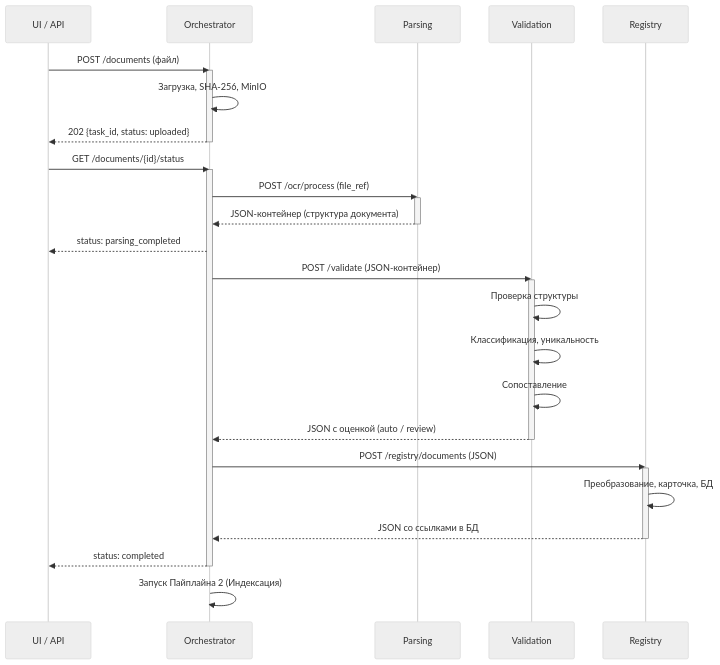
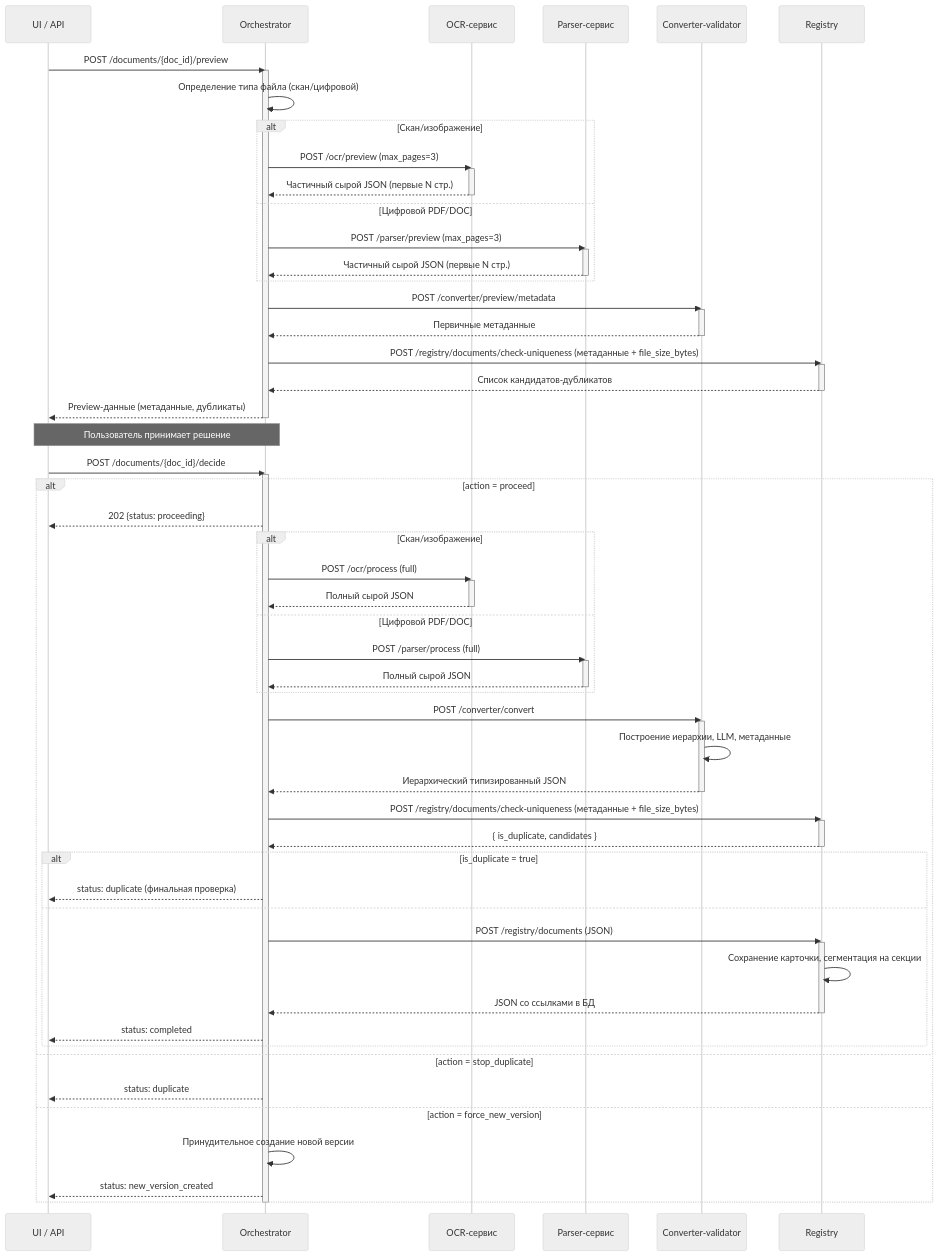
One commit to MasterKSAF/PKB changed the first of 3 diagrams in backend/gateway_service/docs/pipeline1-formation.md. Above: the diagram before and after it, drawn with Mermaid (neutral theme). The commit also changed other lines of this file and 23 other files, not shown here.

````diff
--- a/backend/gateway_service/docs/pipeline1-formation.md
+++ b/backend/gateway_service/docs/pipeline1-formation.md
@@ -6,44 +7,83 @@
 sequenceDiagram
     participant UI as UI / API
     participant Orch as Orchestrator
-    participant Pars as Parsing
-    participant Val as Validation
+    participant OCR as OCR-сервис
+    participant Pars as Parser-сервис
+    participant Conv as Converter-validator
     participant Reg as Registry
 
-    UI->>Orch: POST /documents (файл)
+
+    %% Фаза Preview
+    UI->>Orch: POST /documents/{doc_id}/preview
     activate Orch
-    Orch->>Orch: Загрузка, SHA-256, MinIO
-    Orch-->>UI: 202 {task_id, status: uploaded}
+    Orch->>Orch: Определение типа файла (скан/цифровой)
+    alt Скан/изображение
+        Orch->>OCR: POST /ocr/preview (max_pages=3)
+        activate OCR
+        OCR-->>Orch: Частичный сырой JSON (первые N стр.)
+        deactivate OCR
+    else Цифровой PDF/DOC
+        Orch->>Pars: POST /parser/preview (max_pages=3)
+        activate Pars
+        Pars-->>Orch: Частичный сырой JSON (первые N стр.)
+        deactivate Pars
+    end
+    Orch->>Conv: POST /converter/preview/metadata
+    activate Conv
+    Conv-->>Orch: Первичные метаданные
+    deactivate Conv
+    Orch->>Reg: POST /registry/documents/check-uniqueness (метаданные + file_size_bytes)
+    activate Reg
+    Reg-->>Orch: Список кандидатов-дубликатов
+    deactivate Reg
+    Orch-->>UI: Preview-данные (метаданные, дубликаты)
     deactivate Orch
 
-    UI->>Orch: GET /documents/{id}/status
+    Note over UI,Orch: Пользователь принимает решение
+
+    UI->>Orch: POST /documents/{doc_id}/decide
     activate Orch
+    alt action = proceed
+        Orch-->>UI: 202 {status: proceeding}
 
-    %% Этап 1: Parsing (изоляция от БД)
-    Orch->>Pars: POST /ocr/process (file_ref)
-    activate Pars
-    Pars-->>Orch: JSON-контейнер (структура документа)
-    deactivate Pars
-    Orch-->>UI: status: parsing_completed
+        %% Фаза Full
+        alt Скан/изображение
+            Orch->>OCR: POST /ocr/process (full)
+            activate OCR
+            OCR-->>Orch: Полный сырой JSON
+            deactivate OCR
+        else Цифровой PDF/DOC
+            Orch->>Pars: POST /parser/process (full)
+            activate Pars
+            Pars-->>Orch: Полный сырой JSON
+            deactivate Pars
+        end
 
-    %% Этап 2: Validation (читает БД)
-    Orch->>Val: POST /validate (JSON-контейнер)
-    activate Val
-    Val->>Val: Проверка структуры
-    Val->>Val: Классификация, уникальность
-    Val->>Val: Сопоставление
-    Val-->>Orch: JSON с оценкой (auto / review)
-    deactivate Val
+        Orch->>Conv: POST /converter/convert
+        activate Conv
+        Conv->>Conv: Построение иерархии, LLM, метаданные
+        Conv-->>Orch: Иерархический типизированный JSON
+        deactivate Conv
 
-    %% Этап 3: Registry (пишет БД)
-    Orch->>Reg: POST /registry/documents (JSON)
-    activate Reg
-    Reg->>Reg: Преобразование, карточка, БД
-    Reg-->>Orch: JSON со ссылками в БД
-    deactivate Reg
-
-    Orch-->>UI: status: completed
+        Orch->>Reg: POST /registry/documents/check-uniqueness (метаданные + file_size_bytes)
+        activate Reg
+        Reg-->>Orch: { is_duplicate, candidates }
+        deactivate Reg
+        alt is_duplicate = true
+            Orch-->>UI: status: duplicate (финальная проверка)
+        else
+            Orch->>Reg: POST /registry/documents (JSON)
+            activate Reg
+            Reg->>Reg: Сохранение карточки, сегментация на секции
+            Reg-->>Orch: JSON со ссылками в БД
+            deactivate Reg
+            Orch-->>UI: status: completed
+        end
+    else action = stop_duplicate
+        Orch-->>UI: status: duplicate
+    else action = force_new_version
+        Orch->>Orch: Принудительное создание новой версии
+        Orch-->>UI: status: new_version_created
+    end
     deactivate Orch
-
-    Orch->>Orch: Запуск Пайплайна 2 (Индексация)
 ```
````
